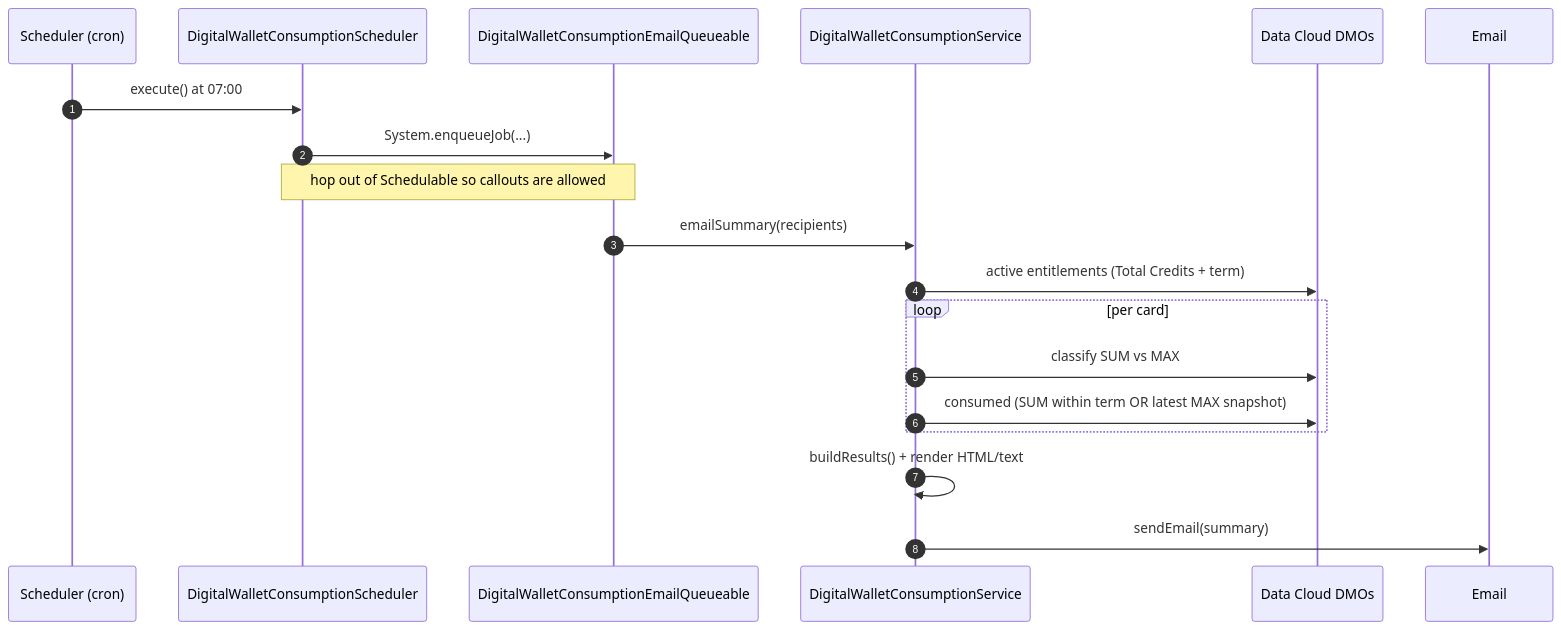
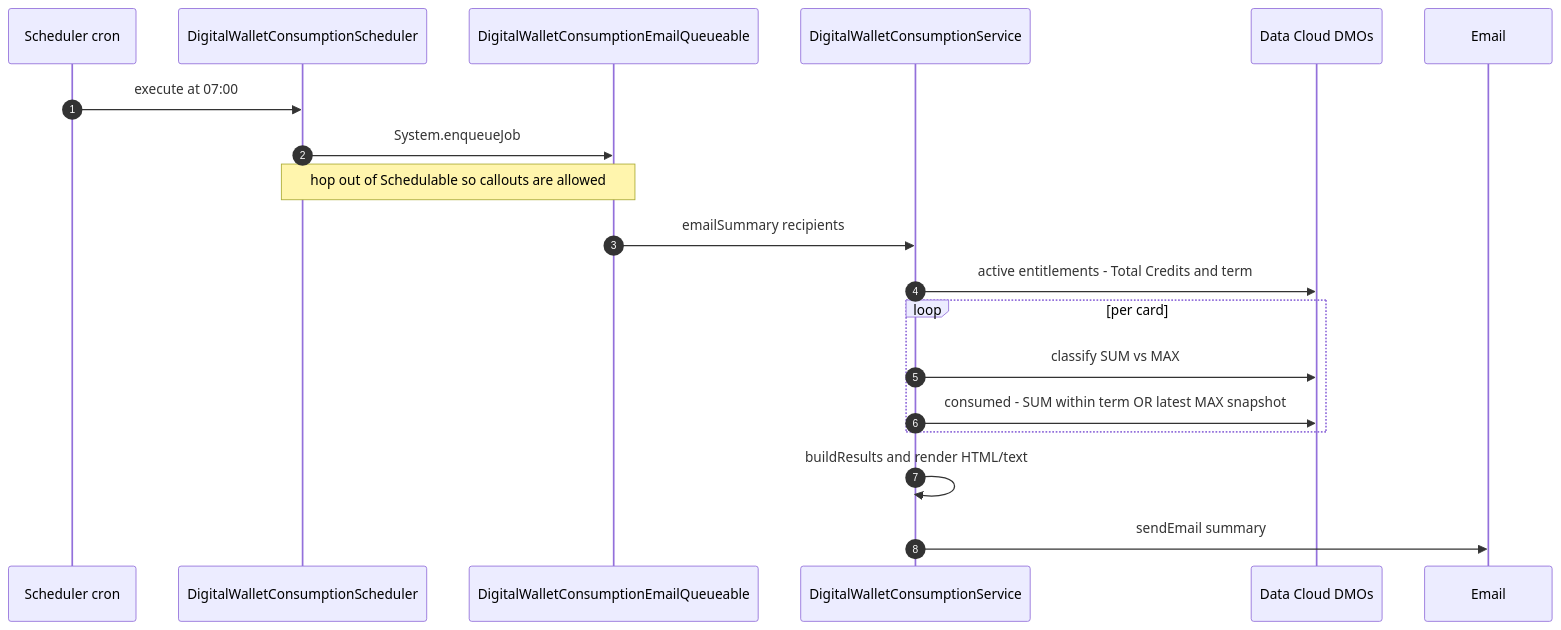
One commit to Amit-Tripathi/apex-partner-digital-wallet changed the second of 2 diagrams in README.md. Above: the diagram before and after it, drawn with Mermaid. The commit also changed other lines of this file, not shown here.

First line of the commit message:
Fix README: clarify standard DMO fields and fix mermaid diagrams

````diff
--- a/README.md
+++ b/README.md
@@ -172,22 +172,22 @@
 ```mermaid
 sequenceDiagram
     autonumber
-    participant Cron as Scheduler (cron)
+    participant Cron as Scheduler cron
     participant Sch as DigitalWalletConsumptionScheduler
     participant Q as DigitalWalletConsumptionEmailQueueable
     participant Svc as DigitalWalletConsumptionService
     participant DC as Data Cloud DMOs
     participant Mail as Email
 
-    Cron->>Sch: execute() at 07:00
-    Sch->>Q: System.enqueueJob(...)
+    Cron->>Sch: execute at 07:00
+    Sch->>Q: System.enqueueJob
     Note over Sch,Q: hop out of Schedulable so callouts are allowed
-    Q->>Svc: emailSummary(recipients)
-    Svc->>DC: active entitlements (Total Credits + term)
+    Q->>Svc: emailSummary recipients
+    Svc->>DC: active entitlements - Total Credits and term
     loop per card
         Svc->>DC: classify SUM vs MAX
-        Svc->>DC: consumed (SUM within term OR latest MAX snapshot)
+        Svc->>DC: consumed - SUM within term OR latest MAX snapshot
     end
-    Svc->>Svc: buildResults() + render HTML/text
-    Svc->>Mail: sendEmail(summary)
+    Svc->>Svc: buildResults and render HTML/text
+    Svc->>Mail: sendEmail summary
 ```
````
